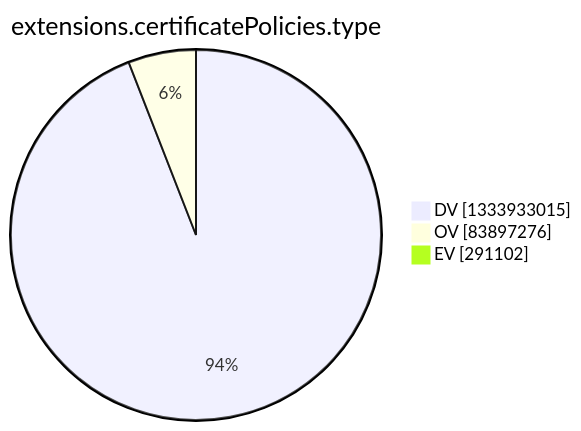
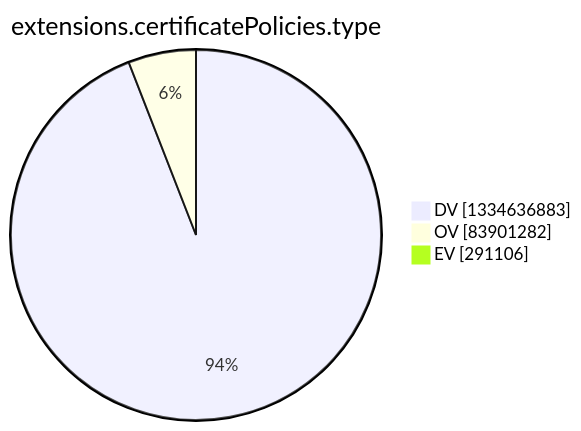
Before and after one commit to christiankrug/ctmonitor_visualization: the tenth of 15 diagrams in argon2022/README.md, drawn with Mermaid. The commit also changed other lines of this file, not shown here.

````diff
--- a/argon2022/README.md
+++ b/argon2022/README.md
@@ -2773,7 +2773,7 @@
 ```mermaid
 pie showData
 title extensions.certificatePolicies.type
-"DV" :1333933015
-"OV" :83897276
-"EV" :291102
+"DV" :1334636883
+"OV" :83901282
+"EV" :291106
 ```
````
